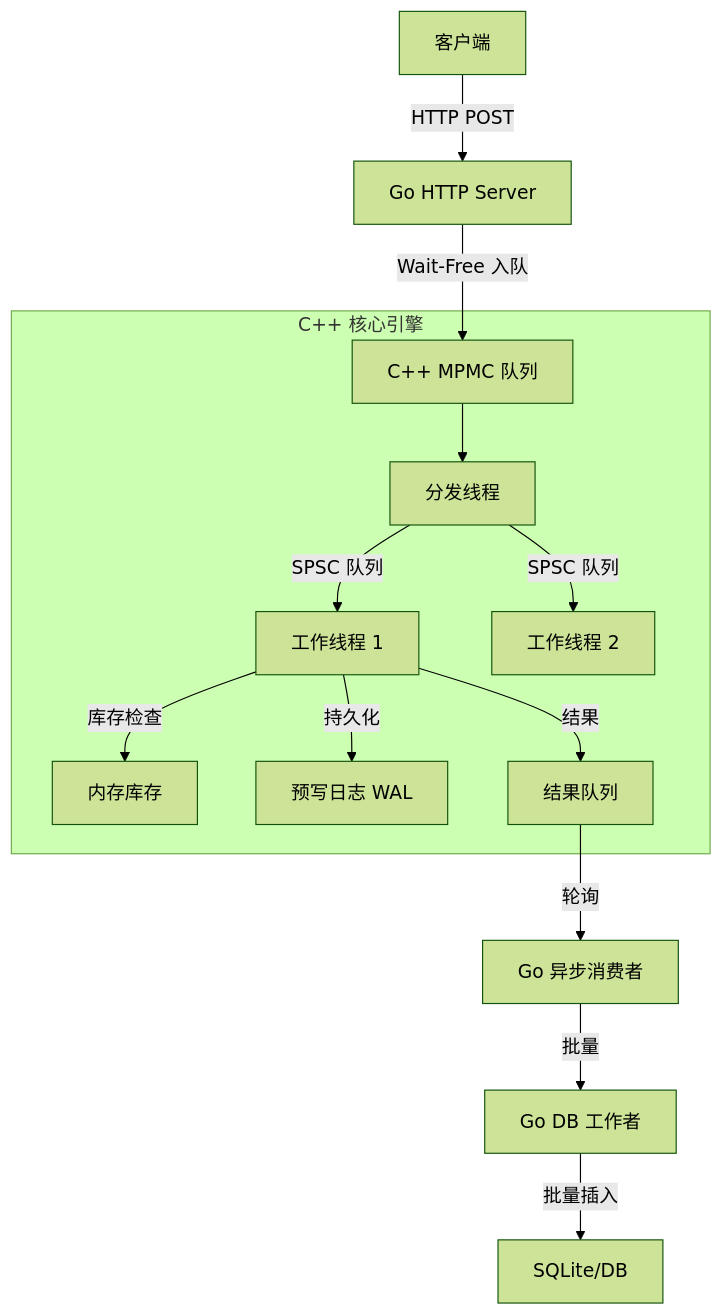
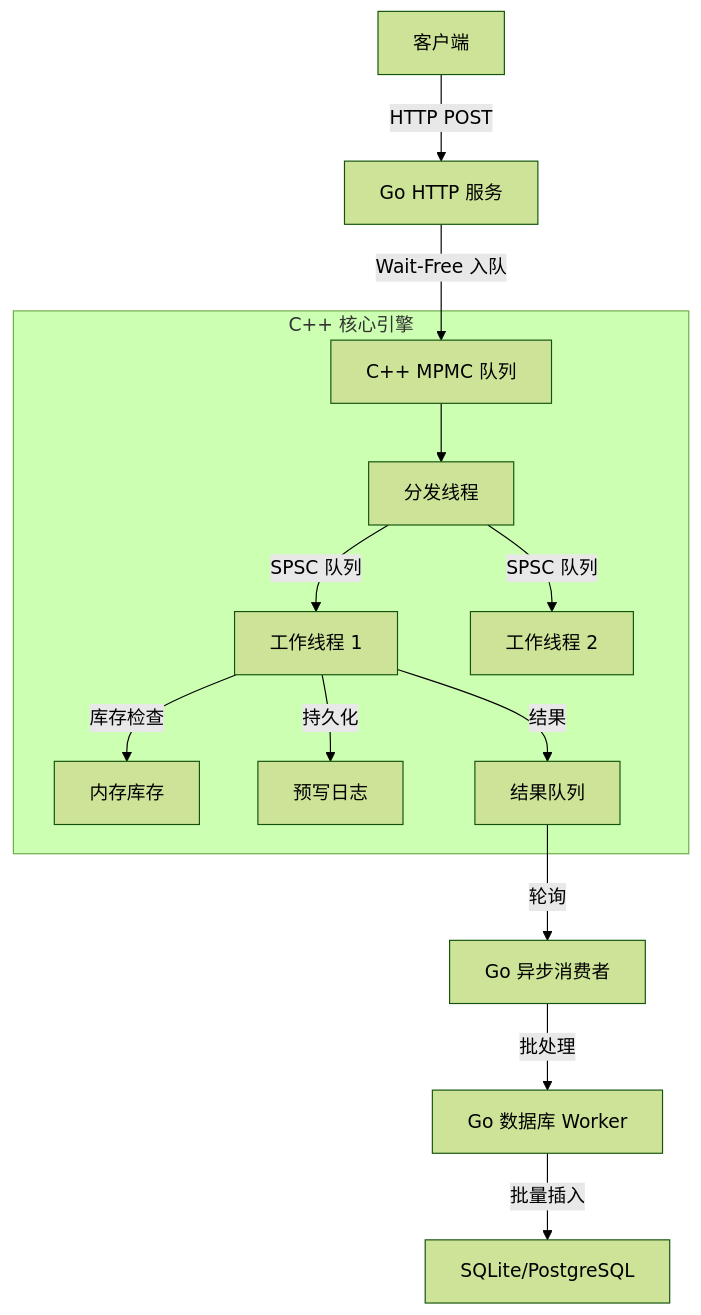
The diagram in README_zh-CN.md (waikitpo/flashsale-system-imitation), drawn with Mermaid (forest theme) before and after one commit. The commit also changed other lines of this file and 9 other files, not shown here.

````diff
--- a/README_zh-CN.md
+++ b/README_zh-CN.md
@@ -41,19 +23,19 @@
 ```mermaid
 graph TD
-    Client[客户端] -->|HTTP POST| GoAPI[Go HTTP Server]
+    Client[客户端] -->|HTTP POST| GoAPI[Go HTTP 服务]
     GoAPI -->|Wait-Free 入队| MPMC[C++ MPMC 队列]
     
     subgraph "C++ 核心引擎"
         MPMC --> Dispatcher[分发线程]
         Dispatcher -->|SPSC 队列| Worker1[工作线程 1]
         Dispatcher -->|SPSC 队列| Worker2[工作线程 2]
         
         Worker1 -->|库存检查| RAM[内存库存]
-        Worker1 -->|持久化| WAL[预写日志 WAL]
+        Worker1 -->|持久化| WAL[预写日志]
         Worker1 -->|结果| ResultQ[结果队列]
     end
     
     ResultQ -->|轮询| GoConsumer[Go 异步消费者]
-    GoConsumer -->|批量| GoDBWorker[Go DB 工作者]
-    GoDBWorker -->|批量插入| SQLite[SQLite/DB]
+    GoConsumer -->|批处理| GoDBWorker[Go 数据库 Worker]
+    GoDBWorker -->|批量插入| SQLite/PostgreSQL
 ```
````
